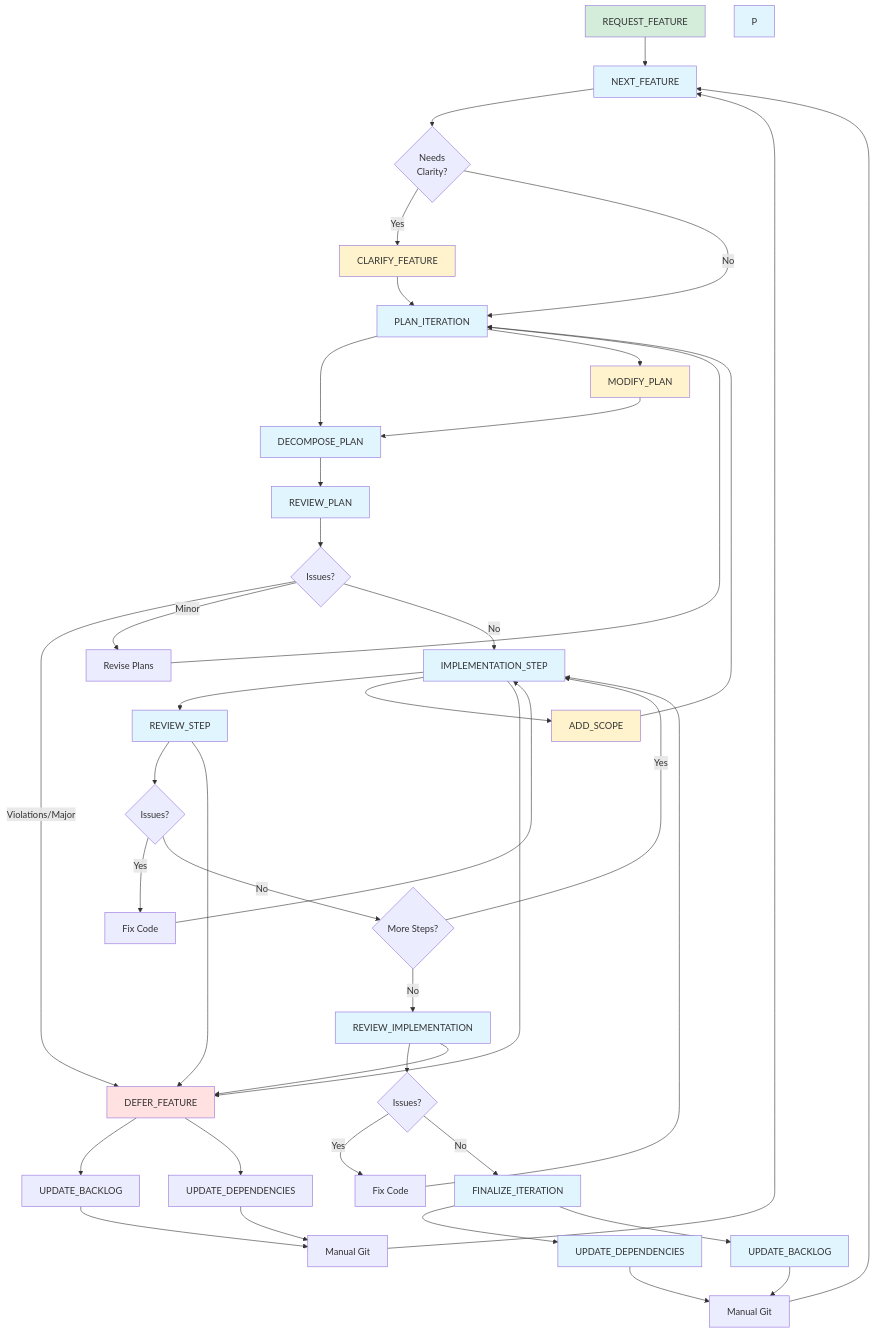
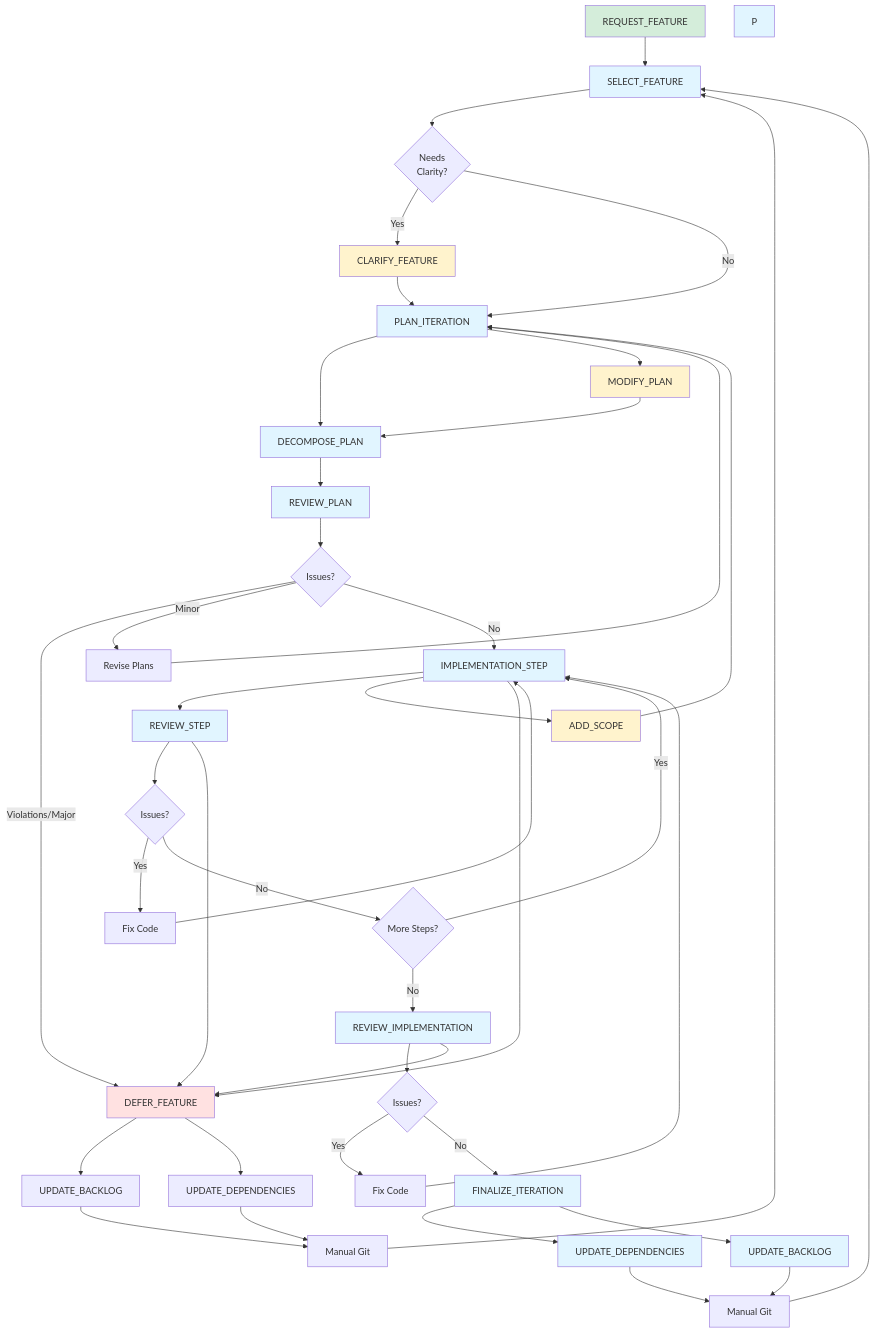
The diagram in TASKS/FEATURE/WORKFLOW.md (EvanLavender13/FrogLords), drawn with Mermaid before and after one commit. The commit also changed other lines of this file and 10 other files, not shown here.

````diff
--- a/TASKS/FEATURE/WORKFLOW.md
+++ b/TASKS/FEATURE/WORKFLOW.md
@@ -9,64 +9,64 @@
 ```mermaid
 graph TD
-    REQ[REQUEST_FEATURE] --> A[NEXT_FEATURE]
+    REQ[REQUEST_FEATURE] --> A[SELECT_FEATURE]
     A --> CLAR{Needs<br/>Clarity?}
     CLAR -->|Yes| CF[CLARIFY_FEATURE]
     CF --> B[PLAN_ITERATION]
     CLAR -->|No| B
     B --> C[DECOMPOSE_PLAN]
     C --> D[REVIEW_PLAN]
     D --> E{Issues?}
     E -->|Violations/Major| F[DEFER_FEATURE]
     E -->|Minor| G[Revise Plans]
     G --> B
     E -->|No| H[IMPLEMENTATION_STEP]
     H --> RS[REVIEW_STEP]
     RS --> RSI{Issues?}
     RSI -->|Yes| L2[Fix Code]
     L2 --> H
     RSI -->|No| I{More Steps?}
     I -->|Yes| H
     I -->|No| J[REVIEW_IMPLEMENTATION]
     J --> K{Issues?}
     K -->|Yes| L[Fix Code]
     L --> H
     K -->|No| M[FINALIZE_ITERATION]
     M --> N[UPDATE_DEPENDENCIES]
     M --> O[UPDATE_BACKLOG]
     N --> Q[Manual Git]
     O --> Q
     Q --> A
     F --> R[UPDATE_BACKLOG]
     F --> S[UPDATE_DEPENDENCIES]
     R --> U[Manual Git]
     S --> U
     U --> A
 
     %% Mid-iteration scope changes
     H --> AS[ADD_SCOPE]
     AS --> B
     B --> MP[MODIFY_PLAN]
     MP --> C
 
     %% Implementation-phase deferral
     H --> F
     RS --> F
     J --> F
 
     style REQ fill:#d4edda
     style A fill:#e1f5ff
     style CF fill:#fff3cd
     style B fill:#e1f5ff
     style C fill:#e1f5ff
     style D fill:#e1f5ff
     style F fill:#ffe1e1
     style H fill:#e1f5ff
     style RS fill:#e1f5ff
     style J fill:#e1f5ff
     style M fill:#e1f5ff
     style N fill:#e1f5ff
     style O fill:#e1f5ff
     style P fill:#e1f5ff
     style AS fill:#fff3cd
     style MP fill:#fff3cd
 ```
````
